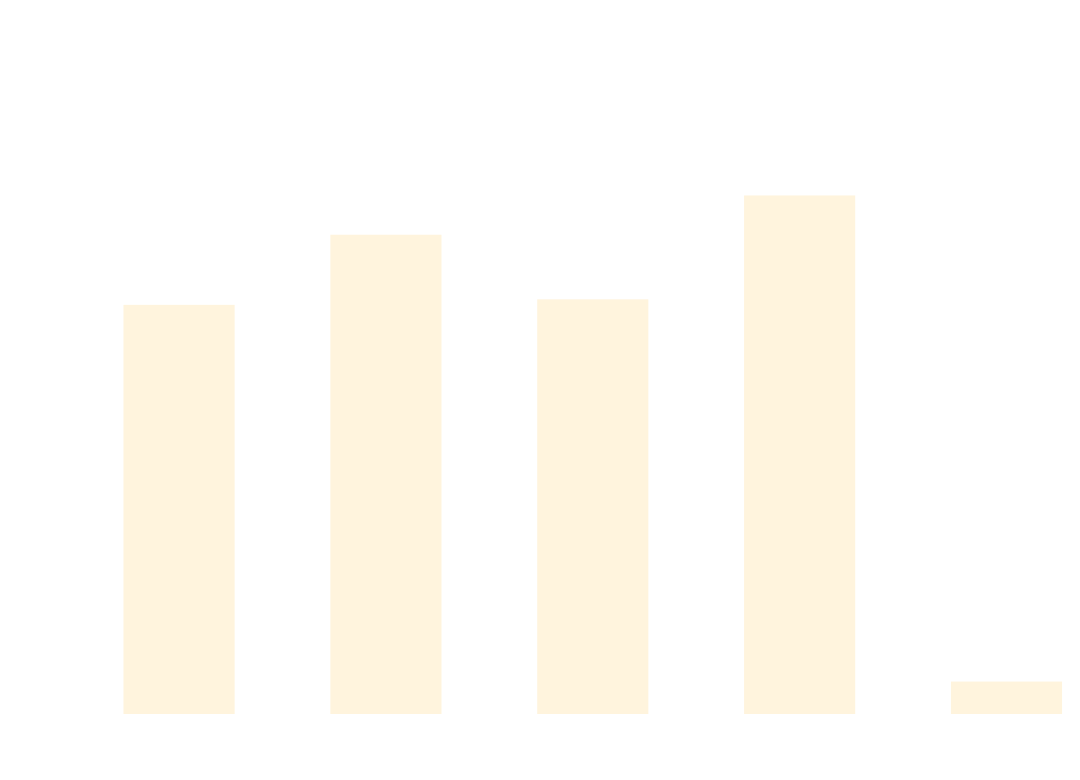
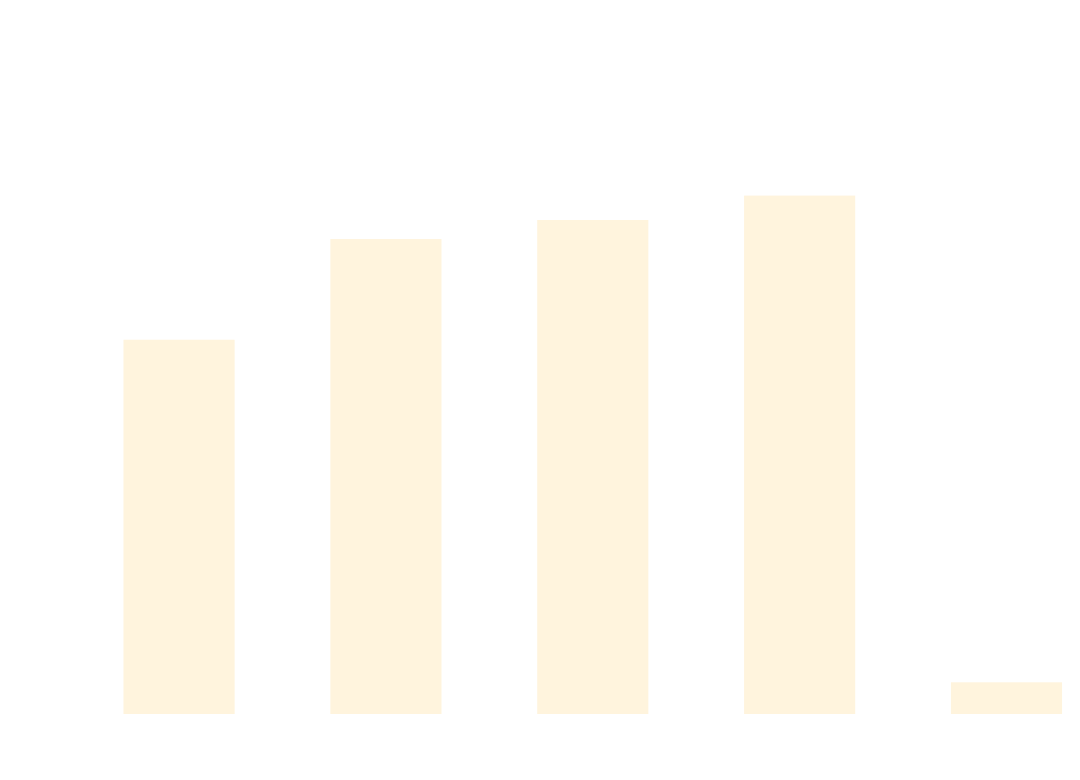
One commit to thomhurst/TUnit changed the diagram in docs/docs/benchmarks/DataDrivenTests.md. Above: the diagram before and after it, drawn with Mermaid. The commit also changed other lines of this file and 17 other files, not shown here.

````diff
--- a/docs/docs/benchmarks/DataDrivenTests.md
+++ b/docs/docs/benchmarks/DataDrivenTests.md
@@ -27,37 +27,37 @@
 ```mermaid
 %%{init: {
   'theme':'base',
   'themeVariables': {
     'primaryColor': '#2563eb',
     'primaryTextColor': '#ffffff',
     'primaryBorderColor': '#1e40af',
     'lineColor': '#6b7280',
     'secondaryColor': '#7c3aed',
     'tertiaryColor': '#dc2626',
     'background': '#ffffff',
     'mainBkg': '#2563eb',
     'secondBkg': '#7c3aed',
     'tertiaryBkg': '#dc2626',
     'clusterBkg': '#f3f4f6',
     'edgeLabelBackground': '#ffffff',
     'tertiaryTextColor': '#1f2937',
     'pie1': '#2563eb',
     'pie2': '#7c3aed',
     'pie3': '#dc2626',
     'pie4': '#f59e0b',
     'pie5': '#10b981',
     'pie6': '#06b6d4',
     'pie7': '#ec4899',
     'pie8': '#6366f1',
     'pie9': '#84cc16',
     'pie10': '#f97316',
     'pie11': '#14b8a6',
     'pie12': '#a855f7'
   }
 }}%%
 xychart-beta
   title "DataDrivenTests Performance Comparison"
   x-axis ["TUnit", "NUnit", "MSTest", "xUnit3", "TUnit_AOT"]
-  y-axis "Time (ms)" 0 --> 687
-  bar [448.28, 527.57, 454.53, 571.98, 22.28]
+  y-axis "Time (ms)" 0 --> 742
+  bar [441.54, 564.55, 587.82, 617.62, 23.13]
 ```
````
